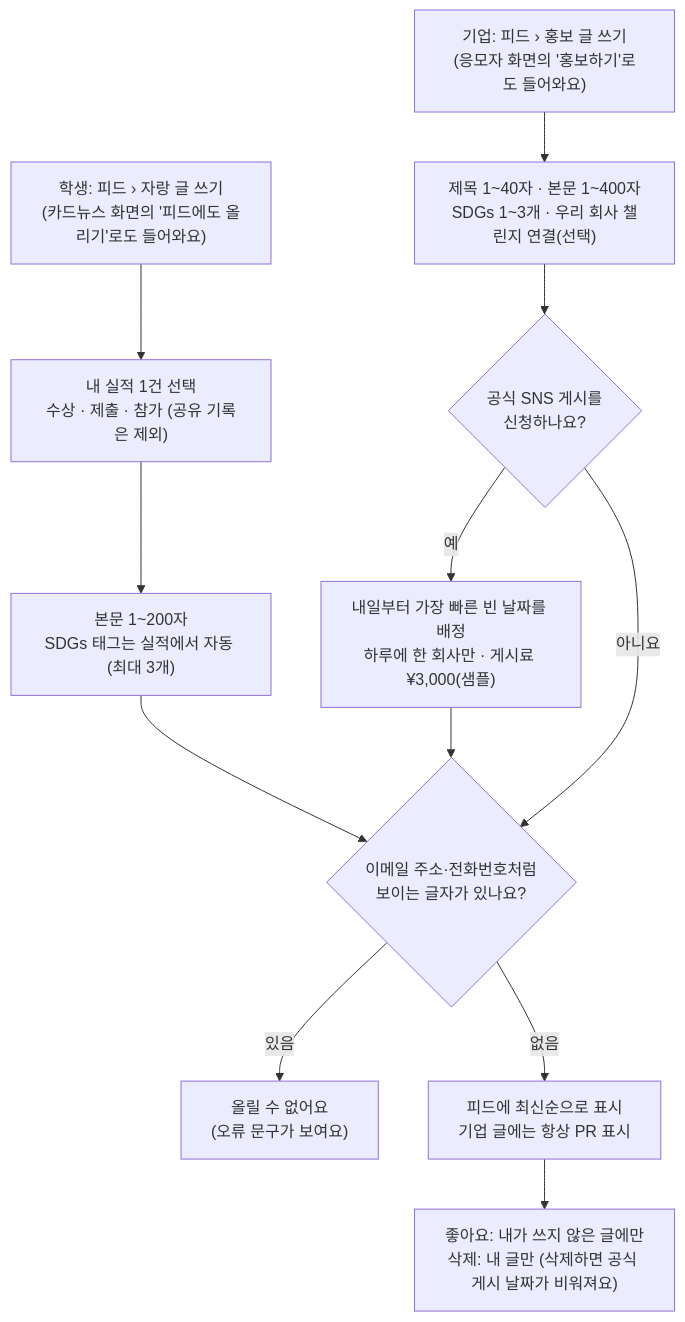
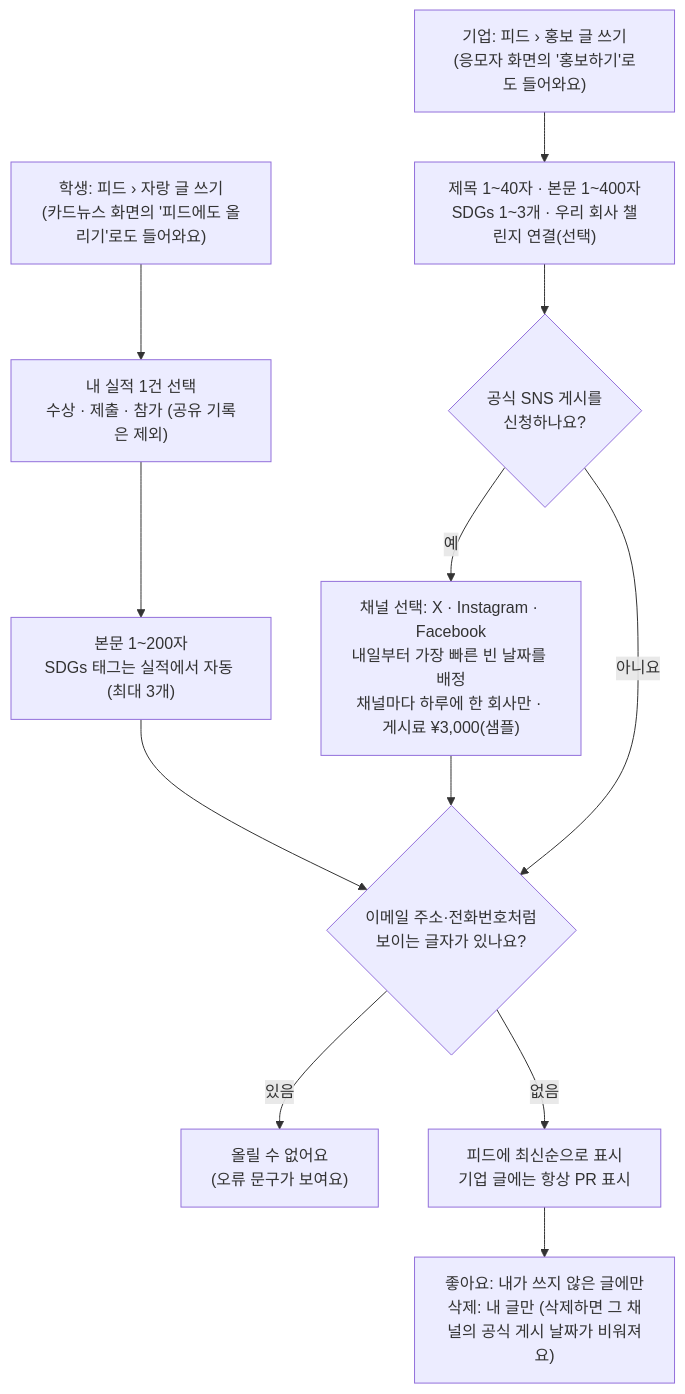
The eighth of 17 diagrams in README.md (atome9797/sdgs-compass), drawn with Mermaid before and after one commit. The commit also changed other lines of this file and 1 other file, not shown here.

````diff
--- a/README.md
+++ b/README.md
@@ -305,14 +307,14 @@
 ```mermaid
 flowchart TD
   s1["학생: 피드 › 자랑 글 쓰기<br/>(카드뉴스 화면의 '피드에도 올리기'로도 들어와요)"] --> s2["내 실적 1건 선택<br/>수상 · 제출 · 참가 (공유 기록은 제외)"]
   s2 --> s3["본문 1~200자<br/>SDGs 태그는 실적에서 자동 (최대 3개)"]
   c1["기업: 피드 › 홍보 글 쓰기<br/>(응모자 화면의 '홍보하기'로도 들어와요)"] --> c2["제목 1~40자 · 본문 1~400자<br/>SDGs 1~3개 · 우리 회사 챌린지 연결(선택)"]
   c2 --> c3{"공식 SNS 게시를<br/>신청하나요?"}
-  c3 -- "예" --> c4["내일부터 가장 빠른 빈 날짜를 배정<br/>하루에 한 회사만 · 게시료 ¥3,000(샘플)"]
+  c3 -- "예" --> c4["채널 선택: X · Instagram · Facebook<br/>내일부터 가장 빠른 빈 날짜를 배정<br/>채널마다 하루에 한 회사만 · 게시료 ¥3,000(샘플)"]
   c3 -- "아니요" --> v
   s3 --> v{"이메일 주소·전화번호처럼<br/>보이는 글자가 있나요?"}
   c4 --> v
   v -- "있음" --> x["올릴 수 없어요<br/>(오류 문구가 보여요)"]
   v -- "없음" --> p["피드에 최신순으로 표시<br/>기업 글에는 항상 PR 표시"]
-  p --> l["좋아요: 내가 쓰지 않은 글에만<br/>삭제: 내 글만 (삭제하면 공식 게시 날짜가 비워져요)"]
+  p --> l["좋아요: 내가 쓰지 않은 글에만<br/>삭제: 내 글만 (삭제하면 그 채널의 공식 게시 날짜가 비워져요)"]
 ```
````
